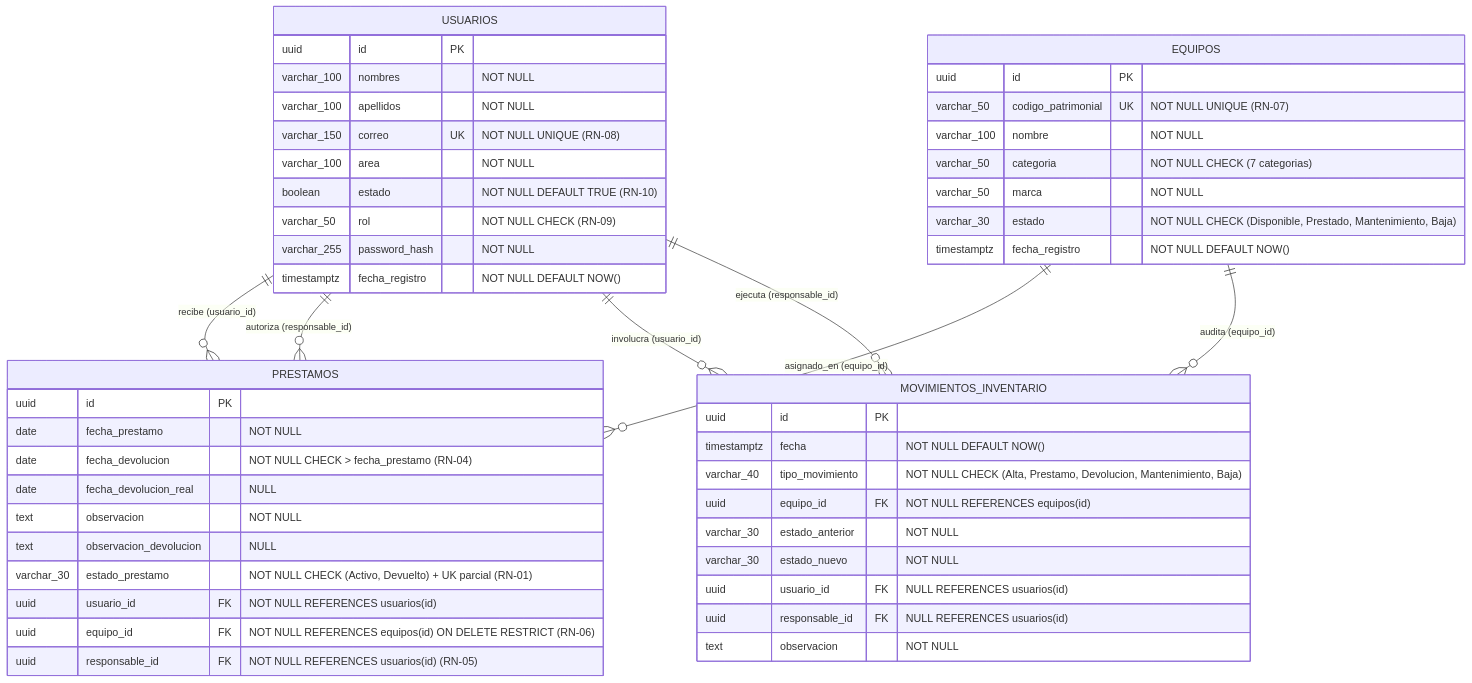
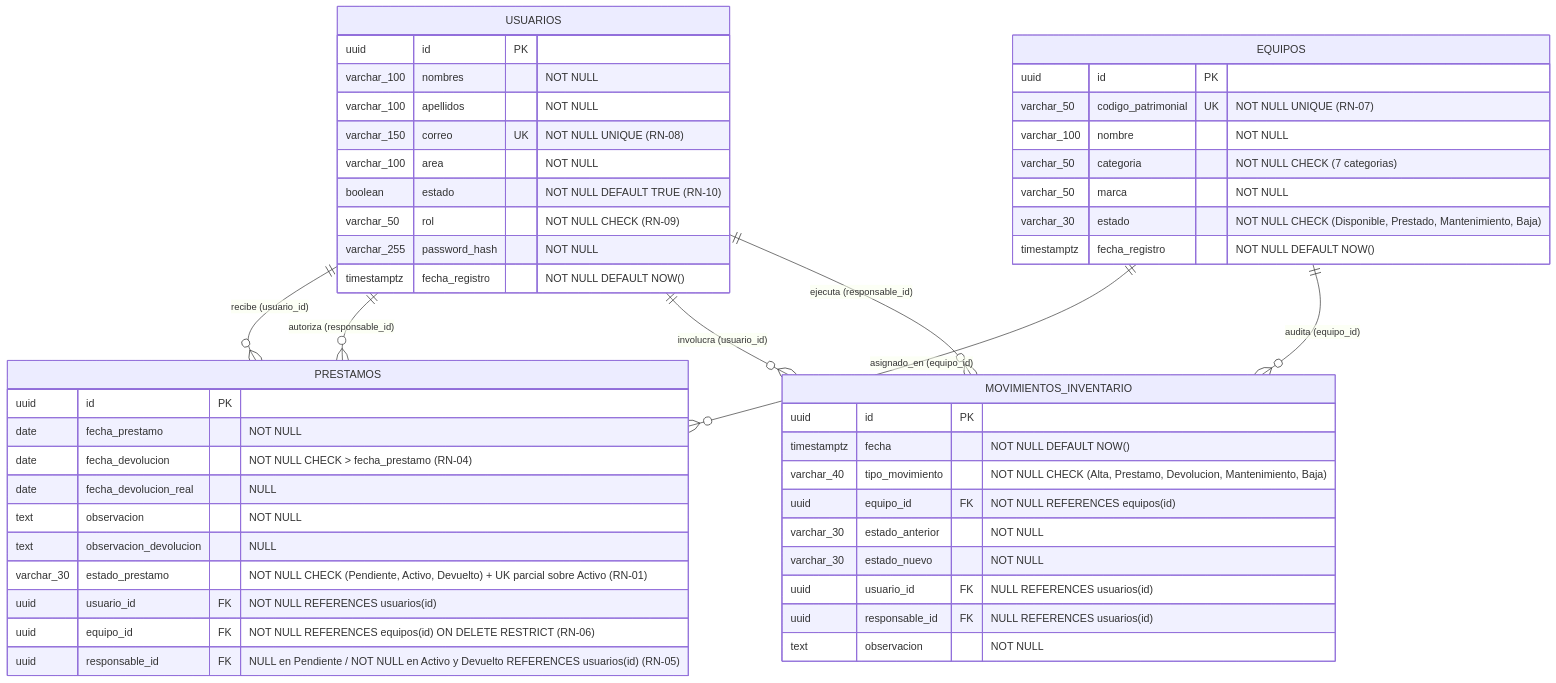
The third of 4 diagrams in docs/02-estandares-y-arquitectura.md (jhilmarjaisonlobatonabregu/TechAsset), drawn with Mermaid before and after one commit. The commit also changed 23 other files, not shown here.

Commit message:
feat(prestamos): agregar estado Pendiente en solicitudes de colaborador y flujo de aprobacion

````diff
--- a/docs/02-estandares-y-arquitectura.md
+++ b/docs/02-estandares-y-arquitectura.md
@@ -307,56 +307,56 @@
 ```mermaid
 erDiagram
     USUARIOS ||--o{ PRESTAMOS : "recibe (usuario_id)"
     USUARIOS ||--o{ PRESTAMOS : "autoriza (responsable_id)"
     EQUIPOS ||--o{ PRESTAMOS : "asignado_en (equipo_id)"
     EQUIPOS ||--o{ MOVIMIENTOS_INVENTARIO : "audita (equipo_id)"
     USUARIOS ||--o{ MOVIMIENTOS_INVENTARIO : "involucra (usuario_id)"
     USUARIOS ||--o{ MOVIMIENTOS_INVENTARIO : "ejecuta (responsable_id)"
 
     USUARIOS {
         uuid id PK
         varchar_100 nombres "NOT NULL"
         varchar_100 apellidos "NOT NULL"
         varchar_150 correo UK "NOT NULL UNIQUE (RN-08)"
         varchar_100 area "NOT NULL"
         boolean estado "NOT NULL DEFAULT TRUE (RN-10)"
         varchar_50 rol "NOT NULL CHECK (RN-09)"
         varchar_255 password_hash "NOT NULL"
         timestamptz fecha_registro "NOT NULL DEFAULT NOW()"
     }
 
     EQUIPOS {
         uuid id PK
         varchar_50 codigo_patrimonial UK "NOT NULL UNIQUE (RN-07)"
         varchar_100 nombre "NOT NULL"
         varchar_50 categoria "NOT NULL CHECK (7 categorias)"
         varchar_50 marca "NOT NULL"
         varchar_30 estado "NOT NULL CHECK (Disponible, Prestado, Mantenimiento, Baja)"
         timestamptz fecha_registro "NOT NULL DEFAULT NOW()"
     }
 
     PRESTAMOS {
         uuid id PK
         date fecha_prestamo "NOT NULL"
         date fecha_devolucion "NOT NULL CHECK > fecha_prestamo (RN-04)"
         date fecha_devolucion_real "NULL"
         text observacion "NOT NULL"
         text observacion_devolucion "NULL"
-        varchar_30 estado_prestamo "NOT NULL CHECK (Activo, Devuelto) + UK parcial (RN-01)"
+        varchar_30 estado_prestamo "NOT NULL CHECK (Pendiente, Activo, Devuelto) + UK parcial sobre Activo (RN-01)"
         uuid usuario_id FK "NOT NULL REFERENCES usuarios(id)"
         uuid equipo_id FK "NOT NULL REFERENCES equipos(id) ON DELETE RESTRICT (RN-06)"
-        uuid responsable_id FK "NOT NULL REFERENCES usuarios(id) (RN-05)"
+        uuid responsable_id FK "NULL en Pendiente / NOT NULL en Activo y Devuelto REFERENCES usuarios(id) (RN-05)"
     }
 
     MOVIMIENTOS_INVENTARIO {
         uuid id PK
         timestamptz fecha "NOT NULL DEFAULT NOW()"
         varchar_40 tipo_movimiento "NOT NULL CHECK (Alta, Prestamo, Devolucion, Mantenimiento, Baja)"
         uuid equipo_id FK "NOT NULL REFERENCES equipos(id)"
         varchar_30 estado_anterior "NOT NULL"
         varchar_30 estado_nuevo "NOT NULL"
         uuid usuario_id FK "NULL REFERENCES usuarios(id)"
         uuid responsable_id FK "NULL REFERENCES usuarios(id)"
         text observacion "NOT NULL"
     }
 ```
````
